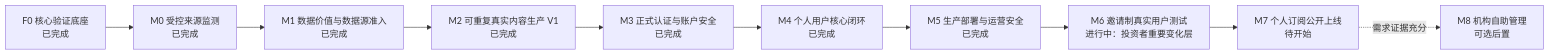
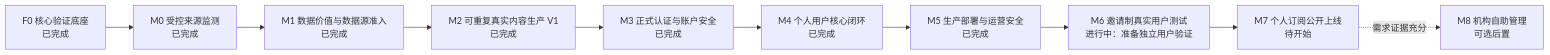
One commit to daiphoon/dealflow-radar changed the diagram in docs/10-implementation-plan.md. Above: the diagram before and after it, drawn with Mermaid. The commit also changed other lines of this file and 2 other files, not shown here.

````diff
--- a/docs/10-implementation-plan.md
+++ b/docs/10-implementation-plan.md
@@ -23,12 +23,12 @@
 ```mermaid
 flowchart LR
     F0["F0 核心验证底座<br/>已完成"] --> M0["M0 受控来源监测<br/>已完成"]
     M0 --> M1["M1 数据价值与数据源准入<br/>已完成"]
     M1 --> M2["M2 可重复真实内容生产 V1<br/>已完成"]
     M2 --> M3["M3 正式认证与账户安全<br/>已完成"]
     M3 --> M4["M4 个人用户核心闭环<br/>已完成"]
     M4 --> M5["M5 生产部署与运营安全<br/>已完成"]
-    M5 --> M6["M6 邀请制真实用户测试<br/>进行中：投资者重要变化层"]
+    M5 --> M6["M6 邀请制真实用户测试<br/>进行中：准备独立用户验证"]
     M6 --> M7["M7 个人订阅公开上线<br/>待开始"]
     M7 -."需求证据充分".-> M8["M8 机构自助管理<br/>可选后置"]
 ```
````
